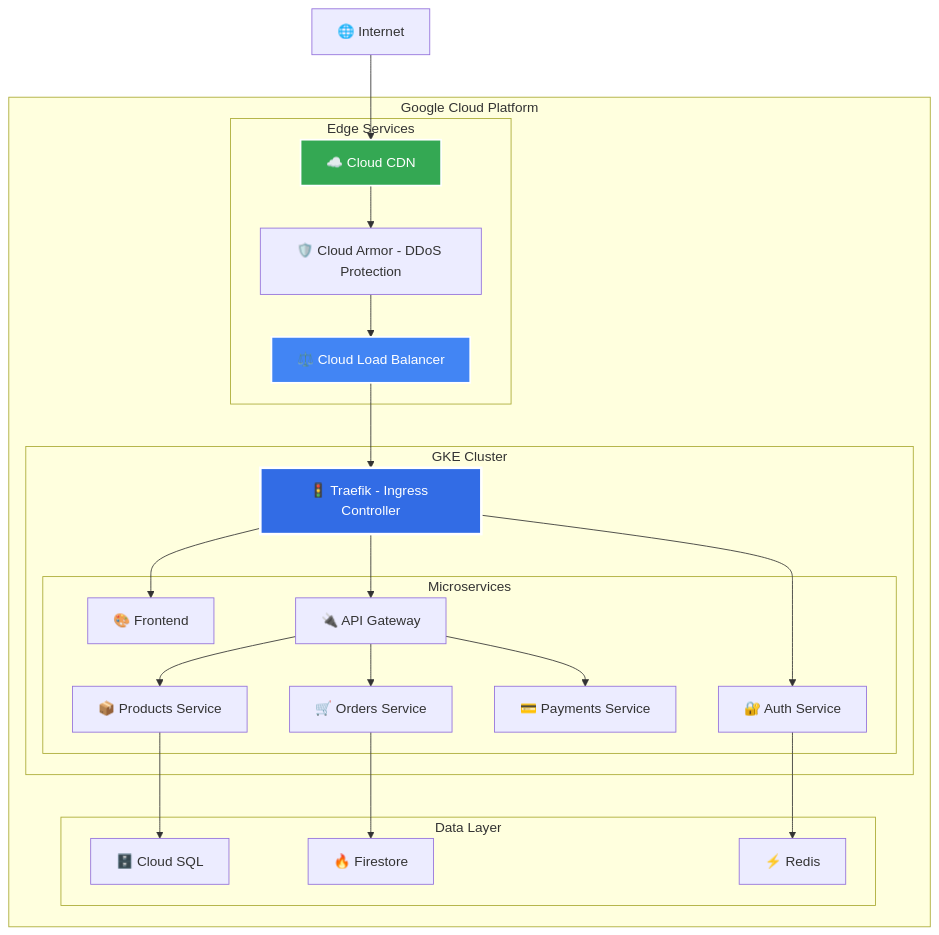
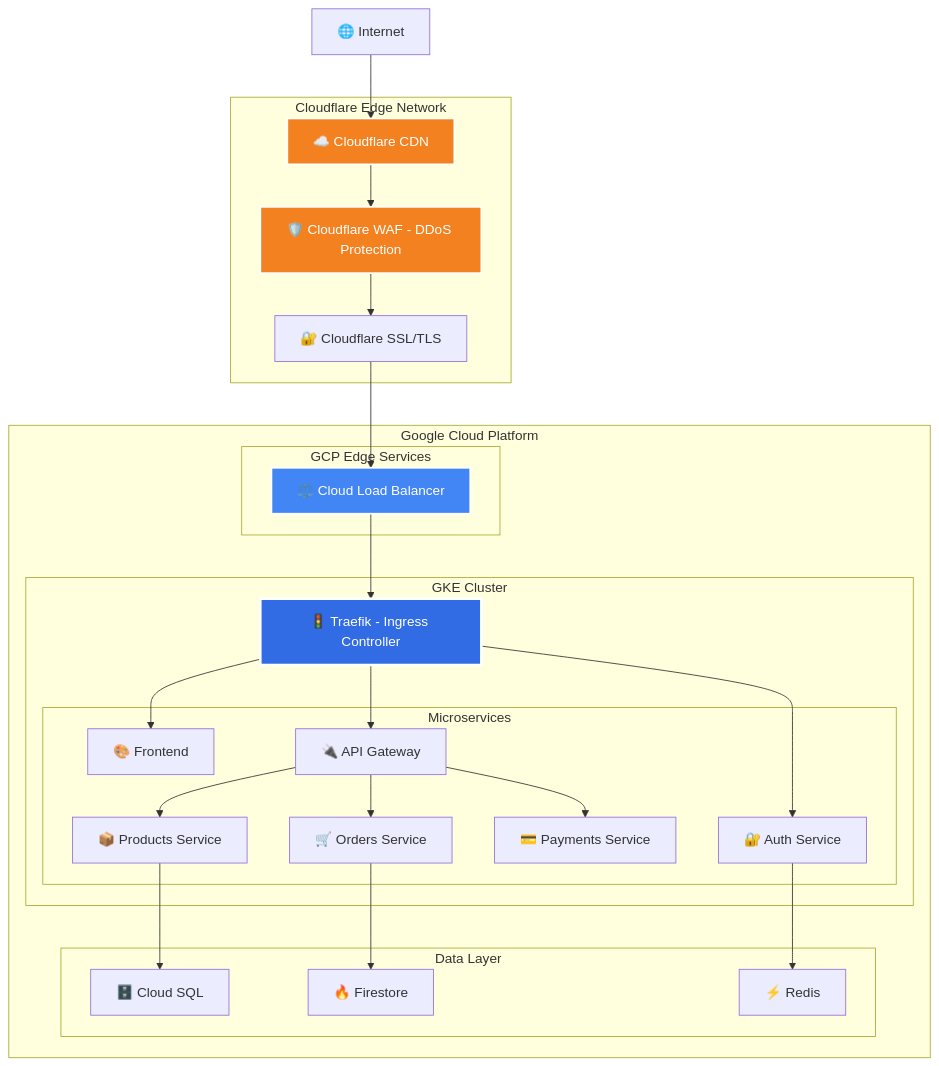
The first of 3 diagrams in docs/tech-stack-decisions/reverse-proxy-comparison.md (floxcristian/ecommerce-architecture-proposal-implementos), drawn with Mermaid before and after one commit. The commit also changed other lines of this file, not shown here.

````diff
--- a/docs/tech-stack-decisions/reverse-proxy-comparison.md
+++ b/docs/tech-stack-decisions/reverse-proxy-comparison.md
@@ -45,49 +88,55 @@
 ```mermaid
 graph TB
     Internet[🌐 Internet]
 
+    subgraph Cloudflare[Cloudflare Edge Network]
+        CF_CDN[☁️ Cloudflare CDN]
+        CF_WAF[🛡️ Cloudflare WAF - DDoS Protection]
+        CF_SSL[🔐 Cloudflare SSL/TLS]
+    end
+
     subgraph GCP[Google Cloud Platform]
-        subgraph EdgeServices[Edge Services]
-            CloudCDN[☁️ Cloud CDN]
-            CloudArmor[🛡️ Cloud Armor - DDoS Protection]
+        subgraph EdgeServices[GCP Edge Services]
             GCLB[⚖️ Cloud Load Balancer]
         end
 
         subgraph GKECluster[GKE Cluster]
             Traefik[🚦 Traefik - Ingress Controller]
 
             subgraph Services[Microservices]
                 Frontend[🎨 Frontend]
                 API[🔌 API Gateway]
                 Auth[🔐 Auth Service]
                 Products[📦 Products Service]
                 Orders[🛒 Orders Service]
                 Payments[💳 Payments Service]
             end
         end
 
         subgraph DataLayer[Data Layer]
             CloudSQL[🗄️ Cloud SQL]
             Firestore[🔥 Firestore]
             Redis[⚡ Redis]
         end
     end
 
-    Internet --> CloudCDN
-    CloudCDN --> CloudArmor
-    CloudArmor --> GCLB
+    Internet --> CF_CDN
+    CF_CDN --> CF_WAF
+    CF_WAF --> CF_SSL
+    CF_SSL --> GCLB
     GCLB --> Traefik
     Traefik --> Frontend
     Traefik --> API
     Traefik --> Auth
     API --> Products
     API --> Orders
     API --> Payments
     Products --> CloudSQL
     Orders --> Firestore
     Auth --> Redis
 
     style Traefik fill:#326ce5,stroke:#fff,stroke-width:3px,color:#fff
     style GCLB fill:#4285f4,stroke:#fff,stroke-width:2px,color:#fff
-    style CloudCDN fill:#34a853,stroke:#fff,stroke-width:2px,color:#fff
+    style CF_CDN fill:#f48120,stroke:#fff,stroke-width:2px,color:#fff
+    style CF_WAF fill:#f48120,stroke:#fff,stroke-width:2px,color:#fff
 ```
````
